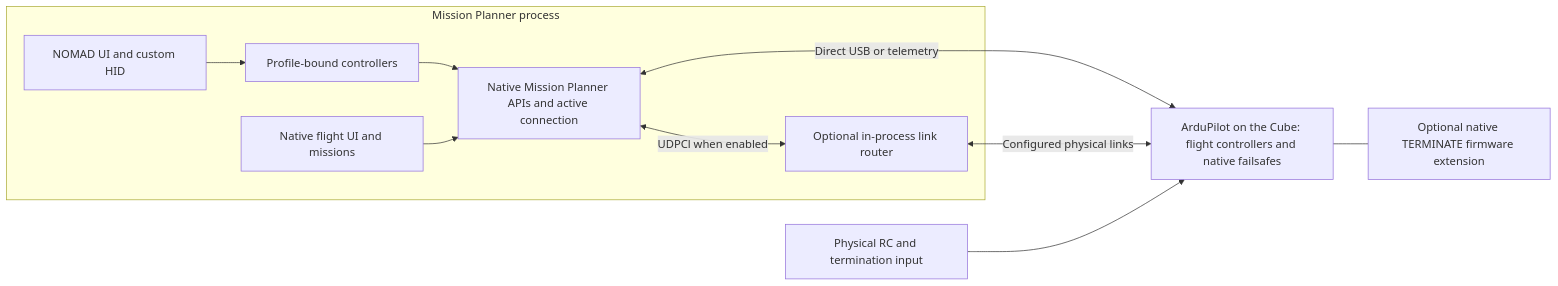
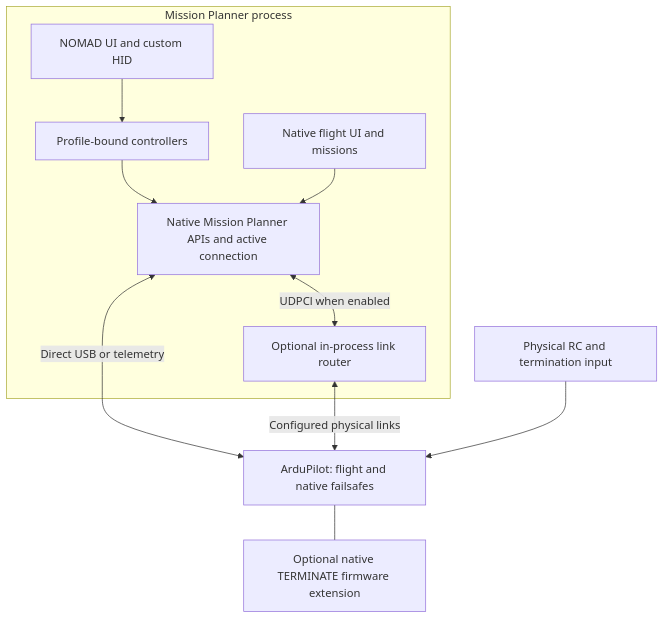
The diagram in docs/architecture.md (McGill-Aerial-Design/NOMAD), drawn with Mermaid before and after one commit. The commit also changed other lines of this file and 93 other files, not shown here.

````diff
--- a/docs/architecture.md
+++ b/docs/architecture.md
@@ -6,13 +6,13 @@
 ```mermaid
-flowchart LR
+flowchart TB
   subgraph Ground[Mission Planner process]
     HID[NOMAD UI and custom HID] --> Controls[Profile-bound controllers]
     Controls --> MP[Native Mission Planner APIs and active connection]
     Flight[Native flight UI and missions] --> MP
     MP <-->|UDPCl when enabled| Router[Optional in-process link router]
   end
-  MP <-->|Direct USB or telemetry| AP[ArduPilot on the Cube: flight controllers and native failsafes]
+  MP <-->|Direct USB or telemetry| AP[ArduPilot: flight and native failsafes]
   Router <-->|Configured physical links| AP
   RC[Physical RC and termination input] --> AP
   AP --- Terminate[Optional native TERMINATE firmware extension]
 ```
````
